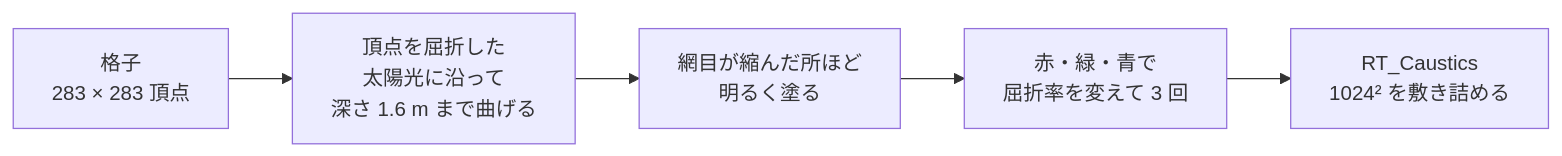
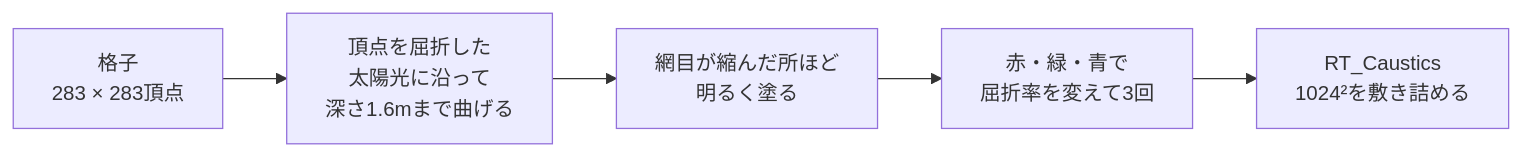
Before and after one commit to bmbb93/clearwater-vrc: the fourth of 11 diagrams in docs/technical.md, drawn with Mermaid. The commit also changed other lines of this file and 1 other file, not shown here.

````diff
--- a/docs/technical.md
+++ b/docs/technical.md
@@ -246,7 +246,7 @@
 ```mermaid
 flowchart LR
-  G["格子<br/>283 × 283 頂点"] --> R["頂点を屈折した<br/>太陽光に沿って<br/>深さ 1.6 m まで曲げる"]
+  G["格子<br/>283 × 283頂点"] --> R["頂点を屈折した<br/>太陽光に沿って<br/>深さ1.6mまで曲げる"]
   R --> A["網目が縮んだ所ほど<br/>明るく塗る"]
-  A --> RGB["赤・緑・青で<br/>屈折率を変えて 3 回"]
-  RGB --> RT["RT_Caustics<br/>1024² を敷き詰める"]
+  A --> RGB["赤・緑・青で<br/>屈折率を変えて3回"]
+  RGB --> RT["RT_Caustics<br/>1024²を敷き詰める"]
 ```
````
